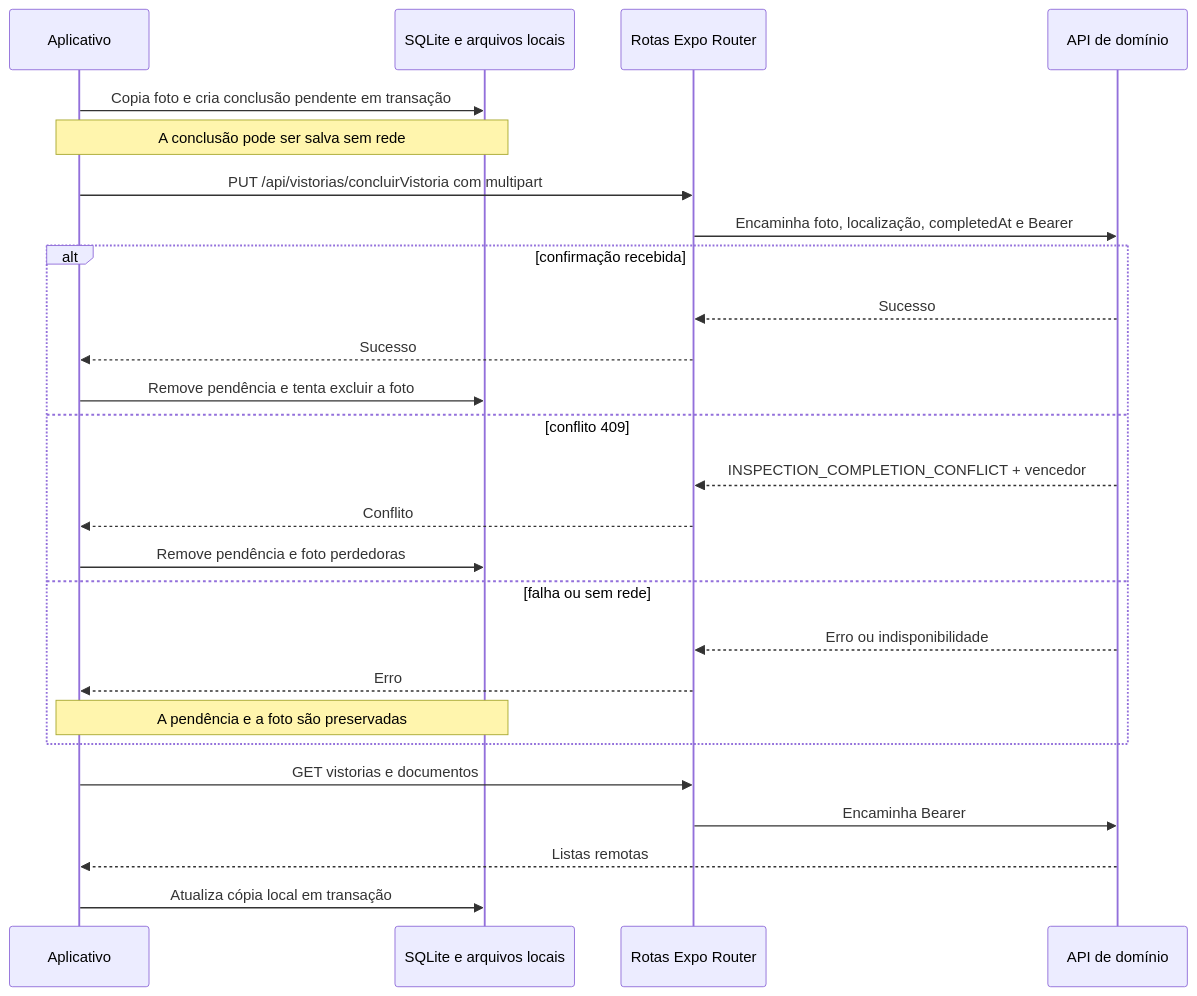
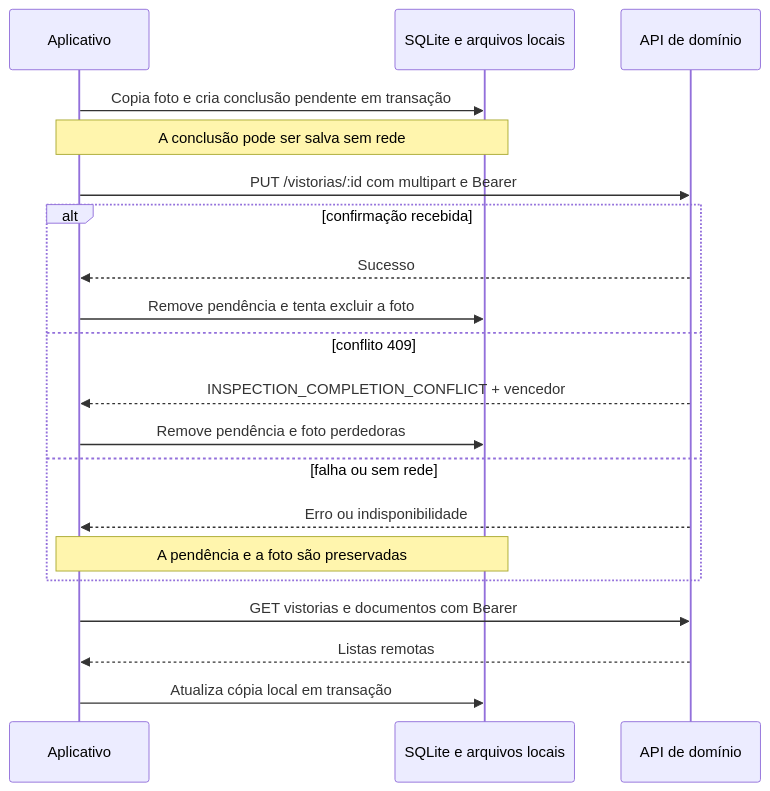
One commit to JoaoGW/Servico-Vistoria changed the third of 4 diagrams in vistoria-mobile/docs/ARQUITETURA.md. Above: the diagram before and after it, drawn with Mermaid. The commit also changed other lines of this file and 16 other files, not shown here.

````diff
--- a/vistoria-mobile/docs/ARQUITETURA.md
+++ b/vistoria-mobile/docs/ARQUITETURA.md
@@ -122,29 +120,23 @@
 ```mermaid
 sequenceDiagram
     participant App as Aplicativo
     participant Local as SQLite e arquivos locais
-    participant BFF as Rotas Expo Router
     participant API as API de domínio
 
     App->>Local: Copia foto e cria conclusão pendente em transação
     Note over App,Local: A conclusão pode ser salva sem rede
-    App->>BFF: PUT /api/vistorias/concluirVistoria com multipart
-    BFF->>API: Encaminha foto, localização, completedAt e Bearer
+    App->>API: PUT /vistorias/:id com multipart e Bearer
     alt confirmação recebida
-        API-->>BFF: Sucesso
-        BFF-->>App: Sucesso
+        API-->>App: Sucesso
         App->>Local: Remove pendência e tenta excluir a foto
     else conflito 409
-        API-->>BFF: INSPECTION_COMPLETION_CONFLICT + vencedor
-        BFF-->>App: Conflito
+        API-->>App: INSPECTION_COMPLETION_CONFLICT + vencedor
         App->>Local: Remove pendência e foto perdedoras
     else falha ou sem rede
-        API-->>BFF: Erro ou indisponibilidade
-        BFF-->>App: Erro
+        API-->>App: Erro ou indisponibilidade
         Note over App,Local: A pendência e a foto são preservadas
     end
-    App->>BFF: GET vistorias e documentos
-    BFF->>API: Encaminha Bearer
+    App->>API: GET vistorias e documentos com Bearer
     API-->>App: Listas remotas
     App->>Local: Atualiza cópia local em transação
 ```
````
